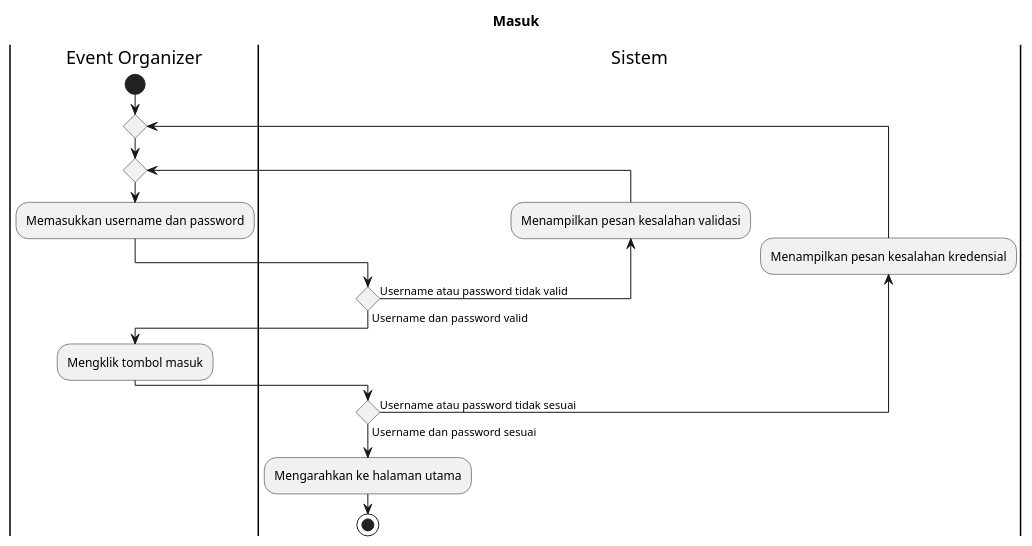
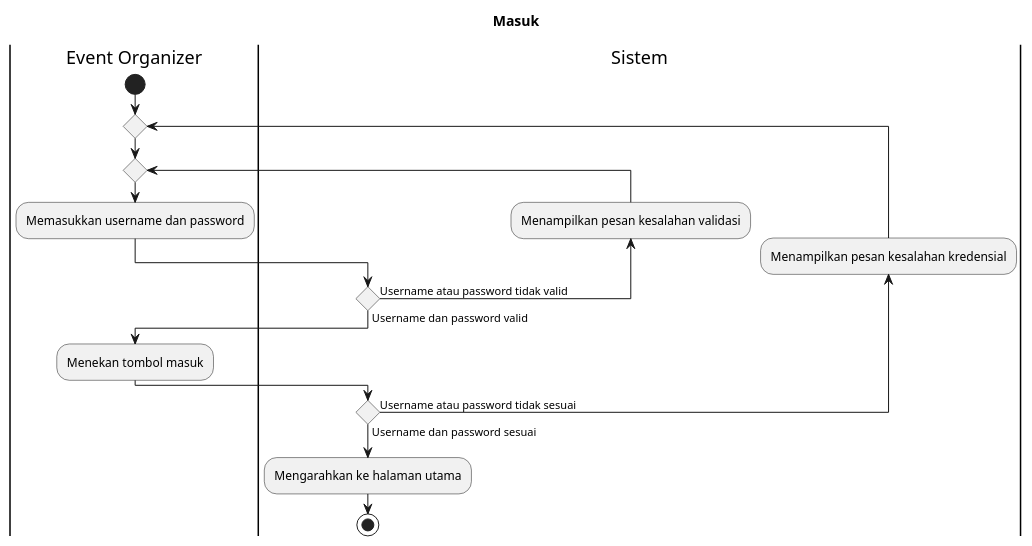
Before and after one commit to irfanfarras10/myevent-diagram: the diagram in Activity Diagram/activity_diagram_masuk.wsd, drawn with PlantUML.

Commit message:
uml(activity diagram): fix wording activity diagram masuk

```diff
--- a/Activity Diagram/activity_diagram_masuk.wsd
+++ b/Activity Diagram/activity_diagram_masuk.wsd
@@ -1,21 +1,21 @@
 @startuml "activity_diagram_masuk"
 
 title "Masuk"
 
 |Event Organizer|
     start
     repeat 
     repeat
     :Memasukkan username dan password;
 |Sistem|
     backward :Menampilkan pesan kesalahan validasi;
     repeat while () is (Username atau password tidak valid) not (Username dan password valid)
 |Event Organizer|
-    :Mengklik tombol masuk;
+    :Menekan tombol masuk;
 |Sistem|    
     backward :Menampilkan pesan kesalahan kredensial;
     repeat while () is (Username atau password tidak sesuai) not (Username dan password sesuai)
     :Mengarahkan ke halaman utama;
     stop
     
 @enduml
```
